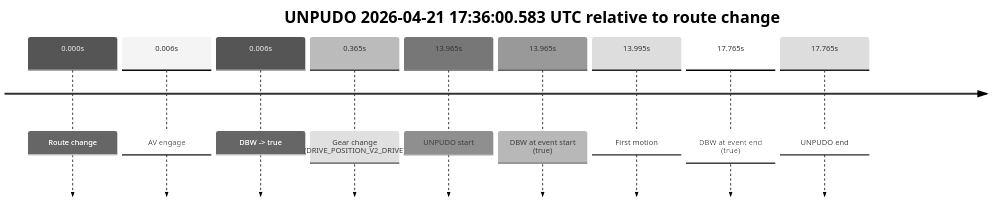
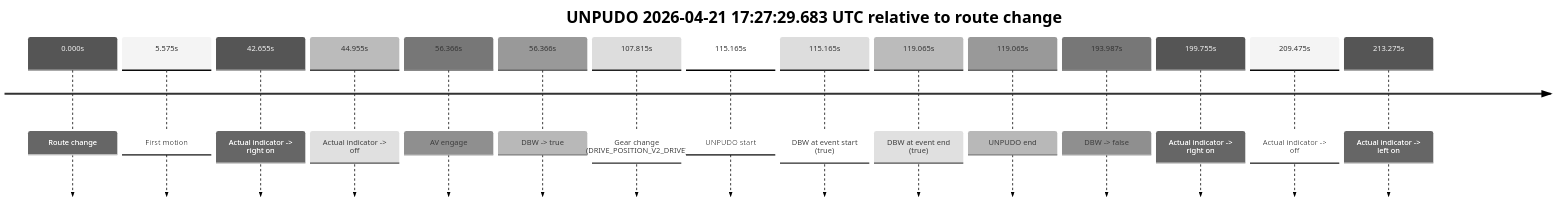
One commit to yoelshapiro/vault changed the seventh of 7 diagrams in model_analysis/report_cards/2026/04/Week-4/fme10011--2026-04-21--16-14-26--gen2-av-9f0c228a-9b71-407b-834d-29b70e16c322.md. Above: the diagram before and after it, drawn with Mermaid (neutral theme). The commit also changed other lines of this file and 2 other files, not shown here.

````diff
--- a/model_analysis/report_cards/2026/04/Week-4/fme10011--2026-04-21--16-14-26--gen2-av-9f0c228a-9b71-407b-834d-29b70e16c322.md
+++ b/model_analysis/report_cards/2026/04/Week-4/fme10011--2026-04-21--16-14-26--gen2-av-9f0c228a-9b71-407b-834d-29b70e16c322.md
@@ -707,13 +602,19 @@
 ```mermaid
 timeline
-    title UNPUDO 2026-04-21 17:36:00.583 UTC relative to route change
+    title UNPUDO 2026-04-21 17:27:29.683 UTC relative to route change
     0.000s : Route change
-    0.006s : AV engage
-    0.006s : DBW -> true
-    0.365s : Gear change (DRIVE_POSITION_V2_DRIVE)
-    13.965s : UNPUDO start
-    13.965s : DBW at event start (true)
-    13.995s : First motion
-    17.765s : DBW at event end (true)
-    17.765s : UNPUDO end
+    5.575s : First motion
+    42.655s : Actual indicator -> right on
+    44.955s : Actual indicator -> off
+    56.366s : AV engage
+    56.366s : DBW -> true
+    107.815s : Gear change (DRIVE_POSITION_V2_DRIVE)
+    115.165s : UNPUDO start
+    115.165s : DBW at event start (true)
+    119.065s : DBW at event end (true)
+    119.065s : UNPUDO end
+    193.987s : DBW -> false
+    199.755s : Actual indicator -> right on
+    209.475s : Actual indicator -> off
+    213.275s : Actual indicator -> left on
 ```
````
